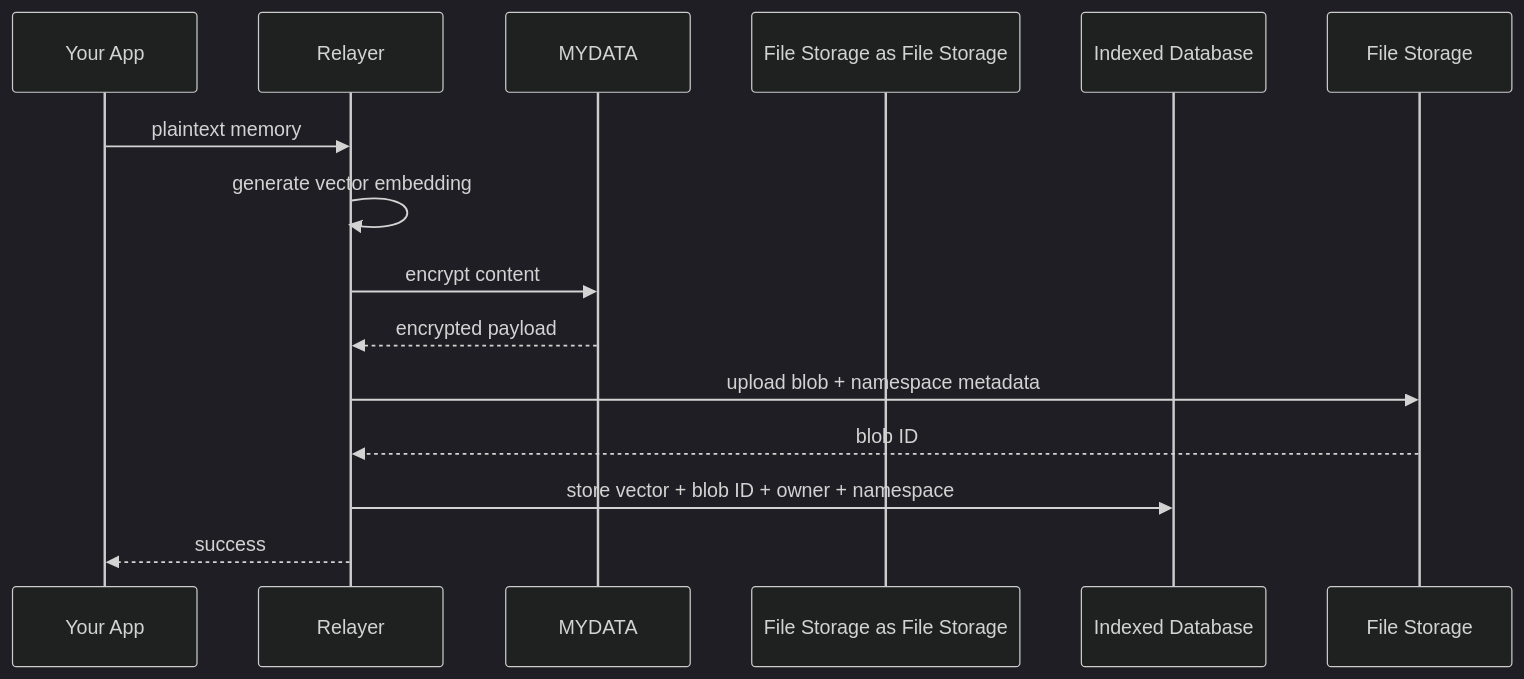
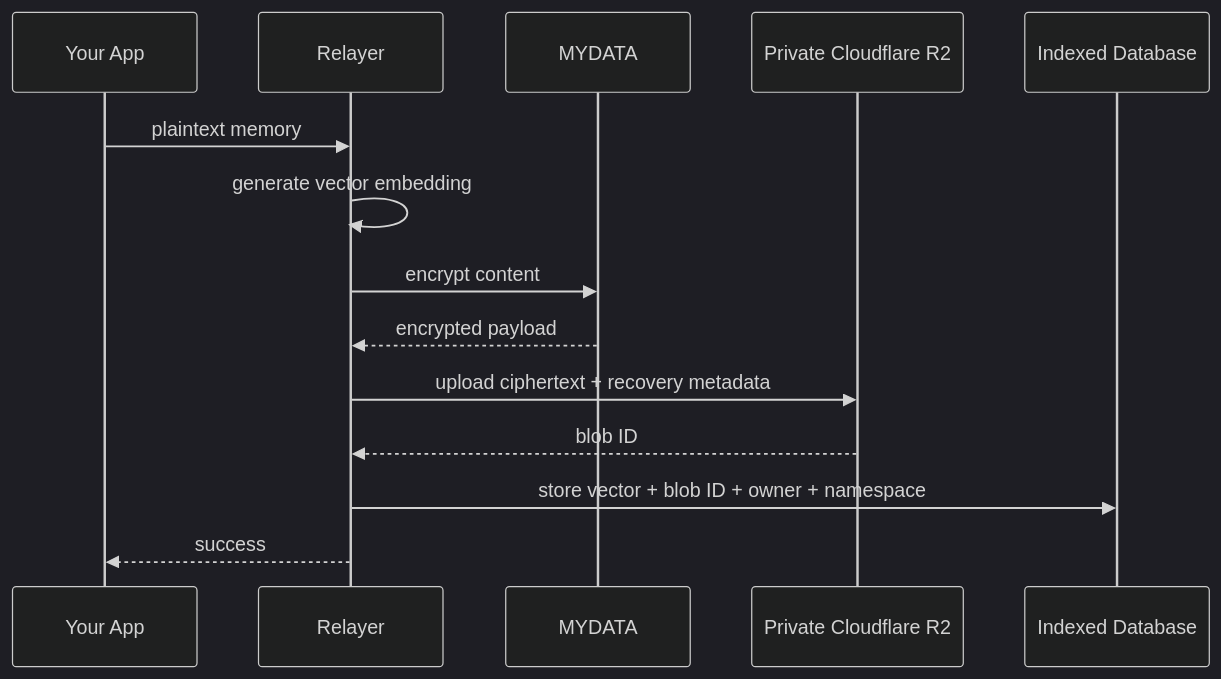
Before and after one commit to The-Social-Proof-Foundation/myso-memory: the first of 3 diagrams in docs/fundamentals/architecture/how-storage-works.md, drawn with Mermaid (dark theme). The commit also changed other lines of this file and 272 other files, not shown here.

Commit message:
MAJOR upgrade adding the remaining gaps to the mcp server and other needed functions for agents flow

````diff
--- a/docs/fundamentals/architecture/how-storage-works.md
+++ b/docs/fundamentals/architecture/how-storage-works.md
@@ -10,17 +10,17 @@
 ```mermaid
 sequenceDiagram
     participant App as Your App
     participant Relayer as Relayer
     participant MYDATA as MYDATA
-    participant File Storage as File Storage
+    participant R2 as Private Cloudflare R2
     participant DB as Indexed Database
 
     App->>Relayer: plaintext memory
     Relayer->>Relayer: generate vector embedding
     Relayer->>MYDATA: encrypt content
     MYDATA-->>Relayer: encrypted payload
-    Relayer->>File Storage: upload blob + namespace metadata
-    File Storage-->>Relayer: blob ID
+    Relayer->>R2: upload ciphertext + recovery metadata
+    R2-->>Relayer: blob ID
     Relayer->>DB: store vector + blob ID + owner + namespace
     Relayer-->>App: success
 ```
````
